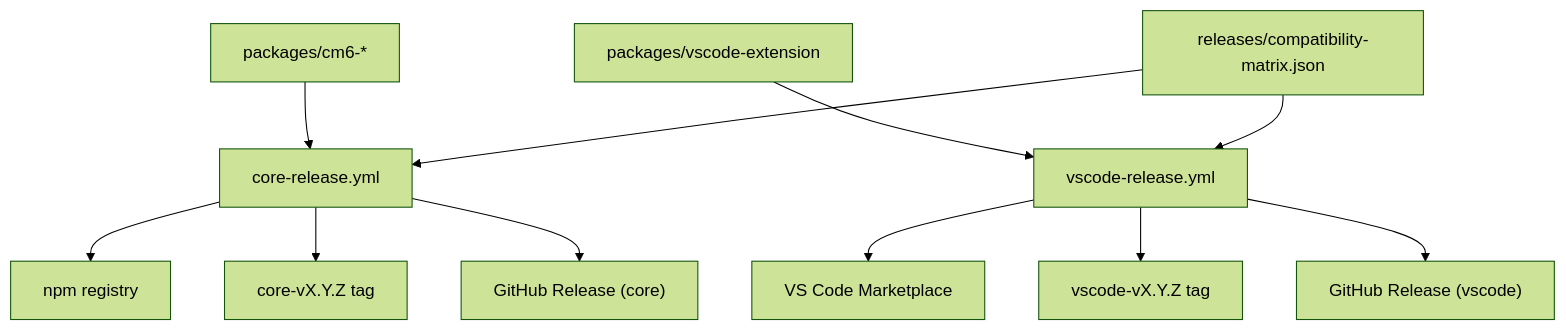
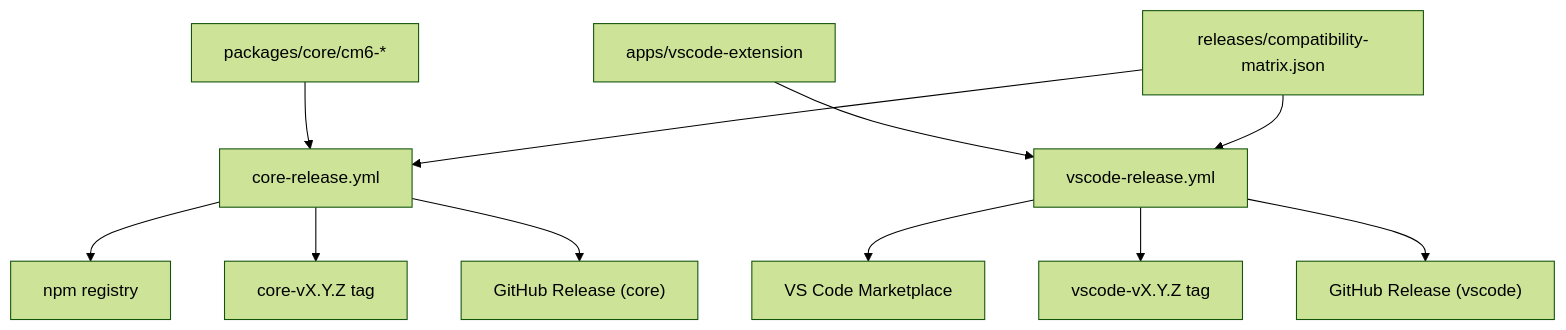
One commit to yuya296/MarkBloom changed the third of 3 diagrams in docs/architecture/overview.md. Above: the diagram before and after it, drawn with Mermaid (forest theme). The commit also changed other lines of this file and 101 other files, not shown here.

````diff
--- a/docs/architecture/overview.md
+++ b/docs/architecture/overview.md
@@ -32,15 +47,15 @@
 ```mermaid
 graph TD
-  corePackages["packages/cm6-*"] --> coreWorkflow["core-release.yml"]
+  corePackages["packages/core/cm6-*"] --> coreWorkflow["core-release.yml"]
   coreWorkflow --> npm["npm registry"]
   coreWorkflow --> coreTag["core-vX.Y.Z tag"]
   coreWorkflow --> coreRelease["GitHub Release (core)"]
 
-  vscodeExtension["packages/vscode-extension"] --> vscodeWorkflow["vscode-release.yml"]
+  vscodeExtension["apps/vscode-extension"] --> vscodeWorkflow["vscode-release.yml"]
   vscodeWorkflow --> marketplace["VS Code Marketplace"]
   vscodeWorkflow --> vscodeTag["vscode-vX.Y.Z tag"]
   vscodeWorkflow --> vscodeRelease["GitHub Release (vscode)"]
 
   compatibility["releases/compatibility-matrix.json"] --> coreWorkflow
   compatibility --> vscodeWorkflow
 ```
````
